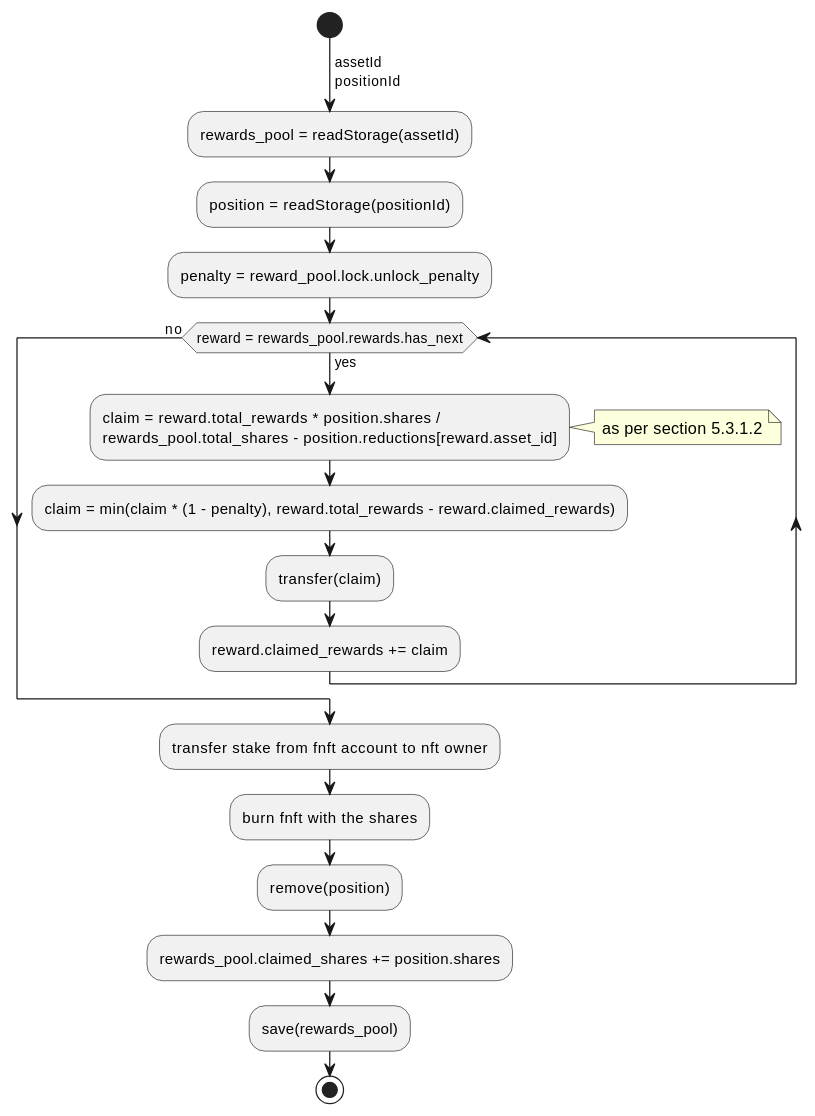
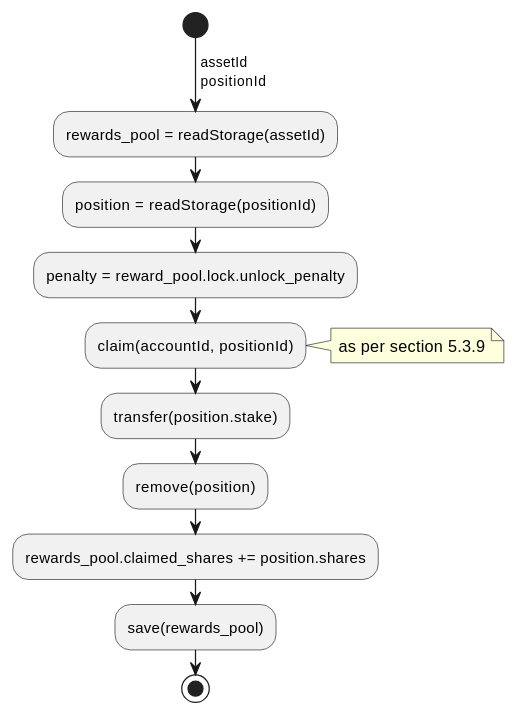
Before and after one commit to ComposableFi/composable: the seventh of 10 diagrams in rfcs/0005-pablo-distribution-assets/0005-pablo-distribution.adoc, drawn with PlantUML. The commit also changed other lines of this file, not shown here.

Commit message:
Updated staking rewards desing to include claim

```diff
--- a/rfcs/0005-pablo-distribution-assets/0005-pablo-distribution.adoc
+++ b/rfcs/0005-pablo-distribution-assets/0005-pablo-distribution.adoc
@@ -480,21 +480,15 @@
-[plantuml,images/claim,png]
+[plantuml,images/unstake,png]
 ----
 start
 ->assetId\npositionId;
 :rewards_pool = readStorage(assetId);
 :position = readStorage(positionId);
 :penalty = reward_pool.lock.unlock_penalty;
-while (reward = rewards_pool.rewards.has_next) is (yes)
-    :claim = reward.total_rewards * position.shares /\nrewards_pool.total_shares - position.reductions[reward.asset_id];
-    note right: as per section 5.3.1.2
-    :claim = min(claim * (1 - penalty), reward.total_rewards - reward.claimed_rewards);
-    :transfer(claim);
-    :reward.claimed_rewards += claim;
-endwhile (no)
-:transfer stake from fnft account to nft owner;
-:burn fnft with the shares;
+:claim(accountId, positionId);
+note right: as per section 5.3.9
+:transfer(position.stake);
 :remove(position);
 :rewards_pool.claimed_shares += position.shares;
 :save(rewards_pool);
 stop
 ----
```
